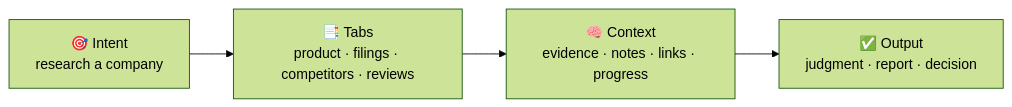
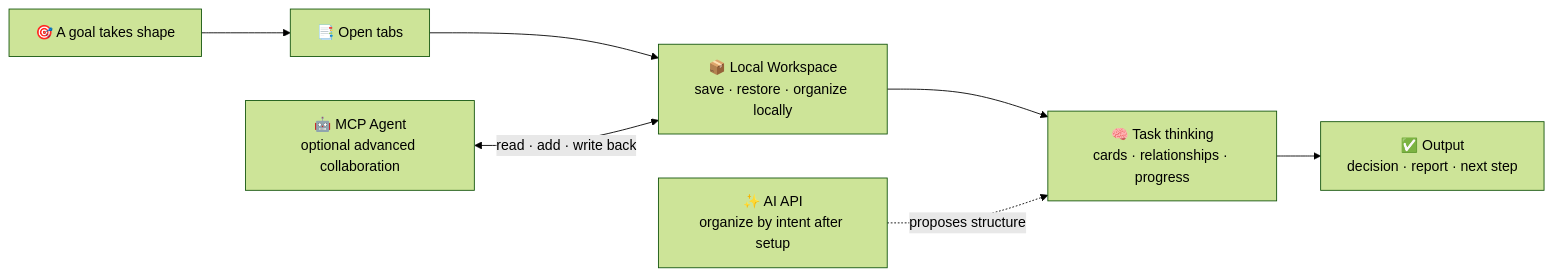
One commit to KaichenCurry/TabNexus changed the diagram in docs/README.en.md. Above: the diagram before and after it, drawn with Mermaid (forest theme). The commit also changed other lines of this file and 2 other files, not shown here.

Commit message:
Strengthen README task-context narrative (#17)

```diff
--- a/docs/README.en.md
+++ b/docs/README.en.md
@@ -37,6 +60,9 @@
 ~~~mermaid
 flowchart LR
-    Intent["🎯 Intent<br/>research a company"] --> Tabs["📑 Tabs<br/>product · filings · competitors · reviews"]
-    Tabs --> Context["🧠 Context<br/>evidence · notes · links · progress"]
-    Context --> Output["✅ Output<br/>judgment · report · decision"]
+    Intent["🎯 A goal takes shape"] --> Tabs["📑 Open tabs"]
+    Tabs --> Workspace["📦 Local Workspace<br/>save · restore · organize locally"]
+    Workspace --> Thinking["🧠 Task thinking<br/>cards · relationships · progress"]
+    Thinking --> Output["✅ Output<br/>decision · report · next step"]
+    API["✨ AI API<br/>organize by intent after setup"] -. "proposes structure" .-> Thinking
+    Agent["🤖 MCP Agent<br/>optional advanced collaboration"] <-->|read · add · write back| Workspace
 ~~~
```
